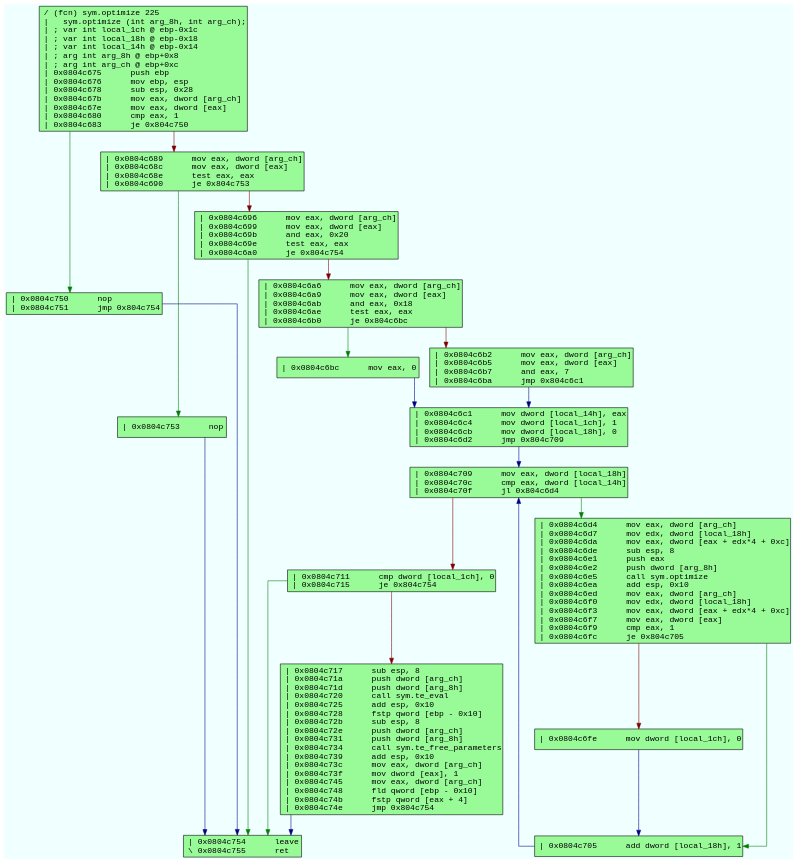
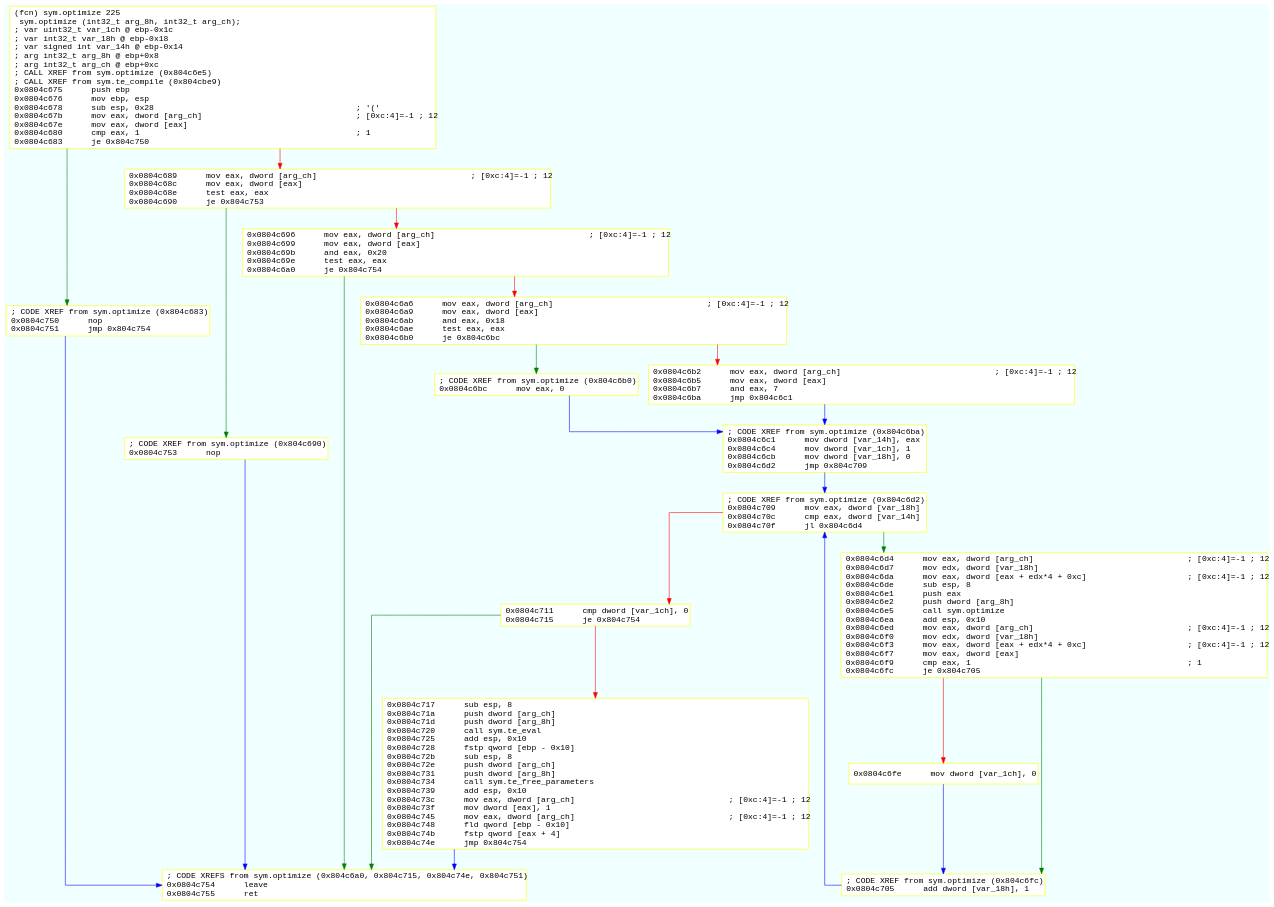
One commit to ClonedOne/cov_host changed the diagram in dotfiles/sym.optimize.dot. Above: the diagram before and after it, drawn with Graphviz. The commit also changed 76 other files, not shown here.

```diff
--- a/dotfiles/sym.optimize.dot
+++ b/dotfiles/sym.optimize.dot
@@ -1,43 +1,43 @@
 digraph code {
 	graph [bgcolor=azure fontsize=8 fontname="Courier" splines="ortho"];
 	node [fillcolor=gray style=filled shape=box];
 	edge [arrowhead="normal"];
-	"0x0804c675" -> "0x0804c750" [color="#007f00"];
-	"0x0804c675" -> "0x0804c689" [color="#7f0000"];
-	"0x0804c675" [URL="sym.optimize/0x0804c675", fillcolor="palegreen",color="black", fontname="Courier",label="/ (fcn) sym.optimize 225\l|   sym.optimize (int arg_8h, int arg_ch);\l| ; var int local_1ch @ ebp-0x1c\l| ; var int local_18h @ ebp-0x18\l| ; var int local_14h @ ebp-0x14\l| ; arg int arg_8h @ ebp+0x8\l| ; arg int arg_ch @ ebp+0xc\l| 0x0804c675      push ebp\l| 0x0804c676      mov ebp, esp\l| 0x0804c678      sub esp, 0x28\l| 0x0804c67b      mov eax, dword [arg_ch]\l| 0x0804c67e      mov eax, dword [eax]\l| 0x0804c680      cmp eax, 1\l| 0x0804c683      je 0x804c750\l"]
-	"0x0804c689" -> "0x0804c753" [color="#007f00"];
-	"0x0804c689" -> "0x0804c696" [color="#7f0000"];
-	"0x0804c689" [URL="sym.optimize/0x0804c689", fillcolor="palegreen",color="black", fontname="Courier",label="| 0x0804c689      mov eax, dword [arg_ch]\l| 0x0804c68c      mov eax, dword [eax]\l| 0x0804c68e      test eax, eax\l| 0x0804c690      je 0x804c753\l"]
-	"0x0804c696" -> "0x0804c754" [color="#007f00"];
-	"0x0804c696" -> "0x0804c6a6" [color="#7f0000"];
-	"0x0804c696" [URL="sym.optimize/0x0804c696", fillcolor="palegreen",color="black", fontname="Courier",label="| 0x0804c696      mov eax, dword [arg_ch]\l| 0x0804c699      mov eax, dword [eax]\l| 0x0804c69b      and eax, 0x20\l| 0x0804c69e      test eax, eax\l| 0x0804c6a0      je 0x804c754\l"]
-	"0x0804c6a6" -> "0x0804c6bc" [color="#007f00"];
-	"0x0804c6a6" -> "0x0804c6b2" [color="#7f0000"];
-	"0x0804c6a6" [URL="sym.optimize/0x0804c6a6", fillcolor="palegreen",color="black", fontname="Courier",label="| 0x0804c6a6      mov eax, dword [arg_ch]\l| 0x0804c6a9      mov eax, dword [eax]\l| 0x0804c6ab      and eax, 0x18\l| 0x0804c6ae      test eax, eax\l| 0x0804c6b0      je 0x804c6bc\l"]
-	"0x0804c6b2" -> "0x0804c6c1" [color="#00007f"];
-	"0x0804c6b2" [URL="sym.optimize/0x0804c6b2", fillcolor="palegreen",color="black", fontname="Courier",label="| 0x0804c6b2      mov eax, dword [arg_ch]\l| 0x0804c6b5      mov eax, dword [eax]\l| 0x0804c6b7      and eax, 7\l| 0x0804c6ba      jmp 0x804c6c1\l"]
-	"0x0804c6bc" -> "0x0804c6c1" [color="#00007f"];
-	"0x0804c6bc" [URL="sym.optimize/0x0804c6bc", fillcolor="palegreen",color="black", fontname="Courier",label="| 0x0804c6bc      mov eax, 0\l"]
-	"0x0804c6c1" -> "0x0804c709" [color="#00007f"];
-	"0x0804c6c1" [URL="sym.optimize/0x0804c6c1", fillcolor="palegreen",color="black", fontname="Courier",label="| 0x0804c6c1      mov dword [local_14h], eax\l| 0x0804c6c4      mov dword [local_1ch], 1\l| 0x0804c6cb      mov dword [local_18h], 0\l| 0x0804c6d2      jmp 0x804c709\l"]
-	"0x0804c6d4" -> "0x0804c705" [color="#007f00"];
-	"0x0804c6d4" -> "0x0804c6fe" [color="#7f0000"];
-	"0x0804c6d4" [URL="sym.optimize/0x0804c6d4", fillcolor="palegreen",color="black", fontname="Courier",label="| 0x0804c6d4      mov eax, dword [arg_ch]\l| 0x0804c6d7      mov edx, dword [local_18h]\l| 0x0804c6da      mov eax, dword [eax + edx*4 + 0xc]\l| 0x0804c6de      sub esp, 8\l| 0x0804c6e1      push eax\l| 0x0804c6e2      push dword [arg_8h]\l| 0x0804c6e5      call sym.optimize\l| 0x0804c6ea      add esp, 0x10\l| 0x0804c6ed      mov eax, dword [arg_ch]\l| 0x0804c6f0      mov edx, dword [local_18h]\l| 0x0804c6f3      mov eax, dword [eax + edx*4 + 0xc]\l| 0x0804c6f7      mov eax, dword [eax]\l| 0x0804c6f9      cmp eax, 1\l| 0x0804c6fc      je 0x804c705\l"]
-	"0x0804c6fe" -> "0x0804c705" [color="#00007f"];
-	"0x0804c6fe" [URL="sym.optimize/0x0804c6fe", fillcolor="palegreen",color="black", fontname="Courier",label="| 0x0804c6fe      mov dword [local_1ch], 0\l"]
-	"0x0804c705" -> "0x0804c709" [color="#00007f"];
-	"0x0804c705" [URL="sym.optimize/0x0804c705", fillcolor="palegreen",color="black", fontname="Courier",label="| 0x0804c705      add dword [local_18h], 1\l"]
-	"0x0804c709" -> "0x0804c6d4" [color="#007f00"];
-	"0x0804c709" -> "0x0804c711" [color="#7f0000"];
-	"0x0804c709" [URL="sym.optimize/0x0804c709", fillcolor="palegreen",color="black", fontname="Courier",label="| 0x0804c709      mov eax, dword [local_18h]\l| 0x0804c70c      cmp eax, dword [local_14h]\l| 0x0804c70f      jl 0x804c6d4\l"]
-	"0x0804c711" -> "0x0804c754" [color="#007f00"];
-	"0x0804c711" -> "0x0804c717" [color="#7f0000"];
-	"0x0804c711" [URL="sym.optimize/0x0804c711", fillcolor="palegreen",color="black", fontname="Courier",label="| 0x0804c711      cmp dword [local_1ch], 0\l| 0x0804c715      je 0x804c754\l"]
-	"0x0804c717" -> "0x0804c754" [color="#00007f"];
-	"0x0804c717" [URL="sym.optimize/0x0804c717", fillcolor="palegreen",color="black", fontname="Courier",label="| 0x0804c717      sub esp, 8\l| 0x0804c71a      push dword [arg_ch]\l| 0x0804c71d      push dword [arg_8h]\l| 0x0804c720      call sym.te_eval\l| 0x0804c725      add esp, 0x10\l| 0x0804c728      fstp qword [ebp - 0x10]\l| 0x0804c72b      sub esp, 8\l| 0x0804c72e      push dword [arg_ch]\l| 0x0804c731      push dword [arg_8h]\l| 0x0804c734      call sym.te_free_parameters\l| 0x0804c739      add esp, 0x10\l| 0x0804c73c      mov eax, dword [arg_ch]\l| 0x0804c73f      mov dword [eax], 1\l| 0x0804c745      mov eax, dword [arg_ch]\l| 0x0804c748      fld qword [ebp - 0x10]\l| 0x0804c74b      fstp qword [eax + 4]\l| 0x0804c74e      jmp 0x804c754\l"]
-	"0x0804c750" -> "0x0804c754" [color="#00007f"];
-	"0x0804c750" [URL="sym.optimize/0x0804c750", fillcolor="palegreen",color="black", fontname="Courier",label="| 0x0804c750      nop\l| 0x0804c751      jmp 0x804c754\l"]
-	"0x0804c753" -> "0x0804c754" [color="#00007f"];
-	"0x0804c753" [URL="sym.optimize/0x0804c753", fillcolor="palegreen",color="black", fontname="Courier",label="| 0x0804c753      nop\l"]
-	"0x0804c754" [URL="sym.optimize/0x0804c754", fillcolor="palegreen",color="black", fontname="Courier",label="| 0x0804c754      leave\l\\ 0x0804c755      ret\l"]
+	"0x0804c675" -> "0x0804c750" [color="green"];
+	"0x0804c675" -> "0x0804c689" [color="red"];
+	"0x0804c675" [URL="sym.optimize/0x0804c675", fillcolor="white",color="yellow", fontname="Courier",label="(fcn) sym.optimize 225\l  sym.optimize (int32_t arg_8h, int32_t arg_ch);\l; var uint32_t var_1ch @ ebp-0x1c\l; var int32_t var_18h @ ebp-0x18\l; var signed int var_14h @ ebp-0x14\l; arg int32_t arg_8h @ ebp+0x8\l; arg int32_t arg_ch @ ebp+0xc\l; CALL XREF from sym.optimize (0x804c6e5)\l; CALL XREF from sym.te_compile (0x804cbe9)\l0x0804c675      push ebp\l0x0804c676      mov ebp, esp\l0x0804c678      sub esp, 0x28                                          ; '('\l0x0804c67b      mov eax, dword [arg_ch]                                ; [0xc:4]=-1 ; 12\l0x0804c67e      mov eax, dword [eax]\l0x0804c680      cmp eax, 1                                             ; 1\l0x0804c683      je 0x804c750\l"]
+	"0x0804c689" -> "0x0804c753" [color="green"];
+	"0x0804c689" -> "0x0804c696" [color="red"];
+	"0x0804c689" [URL="sym.optimize/0x0804c689", fillcolor="white",color="yellow", fontname="Courier",label="0x0804c689      mov eax, dword [arg_ch]                                ; [0xc:4]=-1 ; 12\l0x0804c68c      mov eax, dword [eax]\l0x0804c68e      test eax, eax\l0x0804c690      je 0x804c753\l"]
+	"0x0804c696" -> "0x0804c754" [color="green"];
+	"0x0804c696" -> "0x0804c6a6" [color="red"];
+	"0x0804c696" [URL="sym.optimize/0x0804c696", fillcolor="white",color="yellow", fontname="Courier",label="0x0804c696      mov eax, dword [arg_ch]                                ; [0xc:4]=-1 ; 12\l0x0804c699      mov eax, dword [eax]\l0x0804c69b      and eax, 0x20\l0x0804c69e      test eax, eax\l0x0804c6a0      je 0x804c754\l"]
+	"0x0804c6a6" -> "0x0804c6bc" [color="green"];
+	"0x0804c6a6" -> "0x0804c6b2" [color="red"];
+	"0x0804c6a6" [URL="sym.optimize/0x0804c6a6", fillcolor="white",color="yellow", fontname="Courier",label="0x0804c6a6      mov eax, dword [arg_ch]                                ; [0xc:4]=-1 ; 12\l0x0804c6a9      mov eax, dword [eax]\l0x0804c6ab      and eax, 0x18\l0x0804c6ae      test eax, eax\l0x0804c6b0      je 0x804c6bc\l"]
+	"0x0804c6b2" -> "0x0804c6c1" [color="blue"];
+	"0x0804c6b2" [URL="sym.optimize/0x0804c6b2", fillcolor="white",color="yellow", fontname="Courier",label="0x0804c6b2      mov eax, dword [arg_ch]                                ; [0xc:4]=-1 ; 12\l0x0804c6b5      mov eax, dword [eax]\l0x0804c6b7      and eax, 7\l0x0804c6ba      jmp 0x804c6c1\l"]
+	"0x0804c6bc" -> "0x0804c6c1" [color="blue"];
+	"0x0804c6bc" [URL="sym.optimize/0x0804c6bc", fillcolor="white",color="yellow", fontname="Courier",label="; CODE XREF from sym.optimize (0x804c6b0)\l0x0804c6bc      mov eax, 0\l"]
+	"0x0804c6c1" -> "0x0804c709" [color="blue"];
+	"0x0804c6c1" [URL="sym.optimize/0x0804c6c1", fillcolor="white",color="yellow", fontname="Courier",label="; CODE XREF from sym.optimize (0x804c6ba)\l0x0804c6c1      mov dword [var_14h], eax\l0x0804c6c4      mov dword [var_1ch], 1\l0x0804c6cb      mov dword [var_18h], 0\l0x0804c6d2      jmp 0x804c709\l"]
+	"0x0804c6d4" -> "0x0804c705" [color="green"];
+	"0x0804c6d4" -> "0x0804c6fe" [color="red"];
+	"0x0804c6d4" [URL="sym.optimize/0x0804c6d4", fillcolor="white",color="yellow", fontname="Courier",label="0x0804c6d4      mov eax, dword [arg_ch]                                ; [0xc:4]=-1 ; 12\l0x0804c6d7      mov edx, dword [var_18h]\l0x0804c6da      mov eax, dword [eax + edx*4 + 0xc]                     ; [0xc:4]=-1 ; 12\l0x0804c6de      sub esp, 8\l0x0804c6e1      push eax\l0x0804c6e2      push dword [arg_8h]\l0x0804c6e5      call sym.optimize\l0x0804c6ea      add esp, 0x10\l0x0804c6ed      mov eax, dword [arg_ch]                                ; [0xc:4]=-1 ; 12\l0x0804c6f0      mov edx, dword [var_18h]\l0x0804c6f3      mov eax, dword [eax + edx*4 + 0xc]                     ; [0xc:4]=-1 ; 12\l0x0804c6f7      mov eax, dword [eax]\l0x0804c6f9      cmp eax, 1                                             ; 1\l0x0804c6fc      je 0x804c705\l"]
+	"0x0804c6fe" -> "0x0804c705" [color="blue"];
+	"0x0804c6fe" [URL="sym.optimize/0x0804c6fe", fillcolor="white",color="yellow", fontname="Courier",label="0x0804c6fe      mov dword [var_1ch], 0\l"]
+	"0x0804c705" -> "0x0804c709" [color="blue"];
+	"0x0804c705" [URL="sym.optimize/0x0804c705", fillcolor="white",color="yellow", fontname="Courier",label="; CODE XREF from sym.optimize (0x804c6fc)\l0x0804c705      add dword [var_18h], 1\l"]
+	"0x0804c709" -> "0x0804c6d4" [color="green"];
+	"0x0804c709" -> "0x0804c711" [color="red"];
+	"0x0804c709" [URL="sym.optimize/0x0804c709", fillcolor="white",color="yellow", fontname="Courier",label="; CODE XREF from sym.optimize (0x804c6d2)\l0x0804c709      mov eax, dword [var_18h]\l0x0804c70c      cmp eax, dword [var_14h]\l0x0804c70f      jl 0x804c6d4\l"]
+	"0x0804c711" -> "0x0804c754" [color="green"];
+	"0x0804c711" -> "0x0804c717" [color="red"];
+	"0x0804c711" [URL="sym.optimize/0x0804c711", fillcolor="white",color="yellow", fontname="Courier",label="0x0804c711      cmp dword [var_1ch], 0\l0x0804c715      je 0x804c754\l"]
+	"0x0804c717" -> "0x0804c754" [color="blue"];
+	"0x0804c717" [URL="sym.optimize/0x0804c717", fillcolor="white",color="yellow", fontname="Courier",label="0x0804c717      sub esp, 8\l0x0804c71a      push dword [arg_ch]\l0x0804c71d      push dword [arg_8h]\l0x0804c720      call sym.te_eval\l0x0804c725      add esp, 0x10\l0x0804c728      fstp qword [ebp - 0x10]\l0x0804c72b      sub esp, 8\l0x0804c72e      push dword [arg_ch]\l0x0804c731      push dword [arg_8h]\l0x0804c734      call sym.te_free_parameters\l0x0804c739      add esp, 0x10\l0x0804c73c      mov eax, dword [arg_ch]                                ; [0xc:4]=-1 ; 12\l0x0804c73f      mov dword [eax], 1\l0x0804c745      mov eax, dword [arg_ch]                                ; [0xc:4]=-1 ; 12\l0x0804c748      fld qword [ebp - 0x10]\l0x0804c74b      fstp qword [eax + 4]\l0x0804c74e      jmp 0x804c754\l"]
+	"0x0804c750" -> "0x0804c754" [color="blue"];
+	"0x0804c750" [URL="sym.optimize/0x0804c750", fillcolor="white",color="yellow", fontname="Courier",label="; CODE XREF from sym.optimize (0x804c683)\l0x0804c750      nop\l0x0804c751      jmp 0x804c754\l"]
+	"0x0804c753" -> "0x0804c754" [color="blue"];
+	"0x0804c753" [URL="sym.optimize/0x0804c753", fillcolor="white",color="yellow", fontname="Courier",label="; CODE XREF from sym.optimize (0x804c690)\l0x0804c753      nop\l"]
+	"0x0804c754" [URL="sym.optimize/0x0804c754", fillcolor="white",color="yellow", fontname="Courier",label="; CODE XREFS from sym.optimize (0x804c6a0, 0x804c715, 0x804c74e, 0x804c751)\l0x0804c754      leave\l0x0804c755      ret\l"]
 }
```
